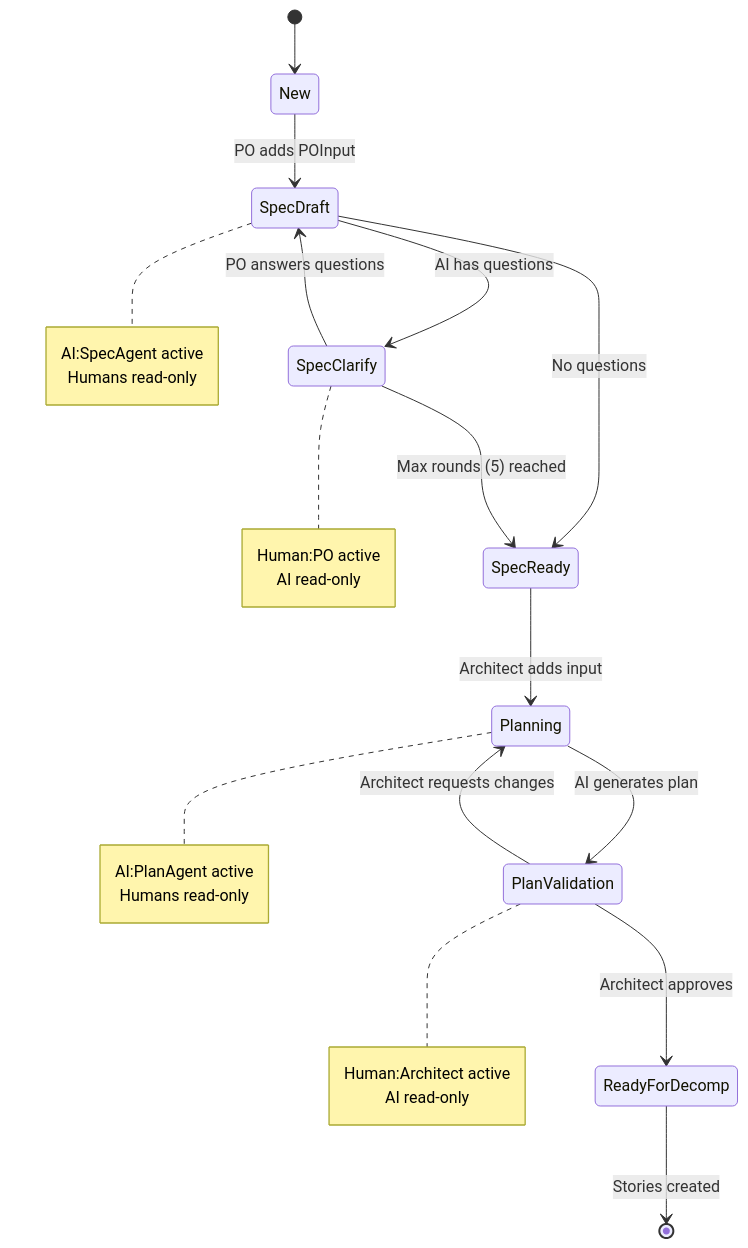
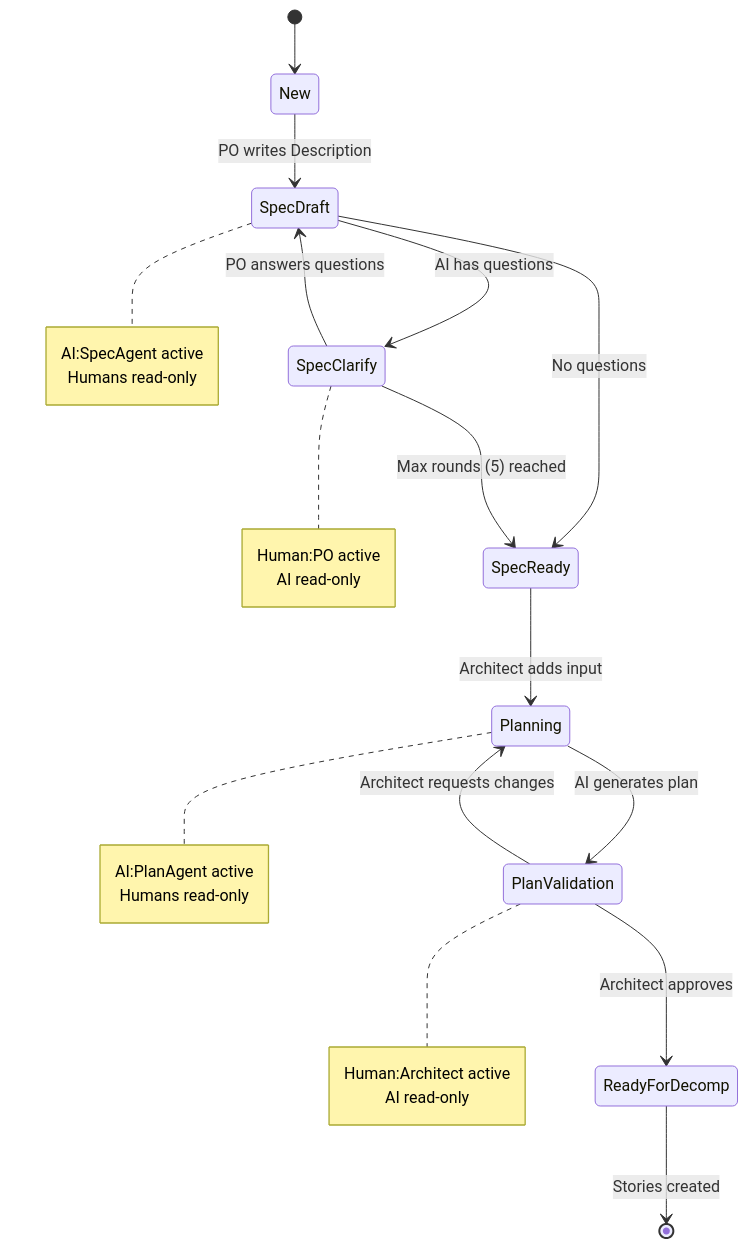
Before and after one commit to agzyamov/ai-native-sdlc: the diagram in docs/diagrams/03-feature-workflow-states.md, drawn with Mermaid. The commit also changed 31 other files, not shown here.

First line of the commit message:
chore: archive Copilot workflows, remove generated artifacts, and simplify docs/diagrams

```diff
--- a/docs/diagrams/03-feature-workflow-states.md
+++ b/docs/diagrams/03-feature-workflow-states.md
@@ -3,34 +3,34 @@
 ::: mermaid
 stateDiagram-v2
     [*] --> New
-    New --> SpecDraft: PO adds POInput
+    New --> SpecDraft: PO writes Description
     SpecDraft --> SpecClarify: AI has questions
     SpecDraft --> SpecReady: No questions
     SpecClarify --> SpecDraft: PO answers questions
     SpecClarify --> SpecReady: Max rounds (5) reached
     SpecReady --> Planning: Architect adds input
     Planning --> PlanValidation: AI generates plan
     PlanValidation --> Planning: Architect requests changes
     PlanValidation --> ReadyForDecomp: Architect approves
     ReadyForDecomp --> [*]: Stories created
     
     note right of SpecDraft
         AI:SpecAgent active
         Humans read-only
     end note
     
     note right of SpecClarify
         Human:PO active
         AI read-only
     end note
     
     note right of Planning
         AI:PlanAgent active
         Humans read-only
     end note
     
     note right of PlanValidation
         Human:Architect active
         AI read-only
     end note
 :::
```
